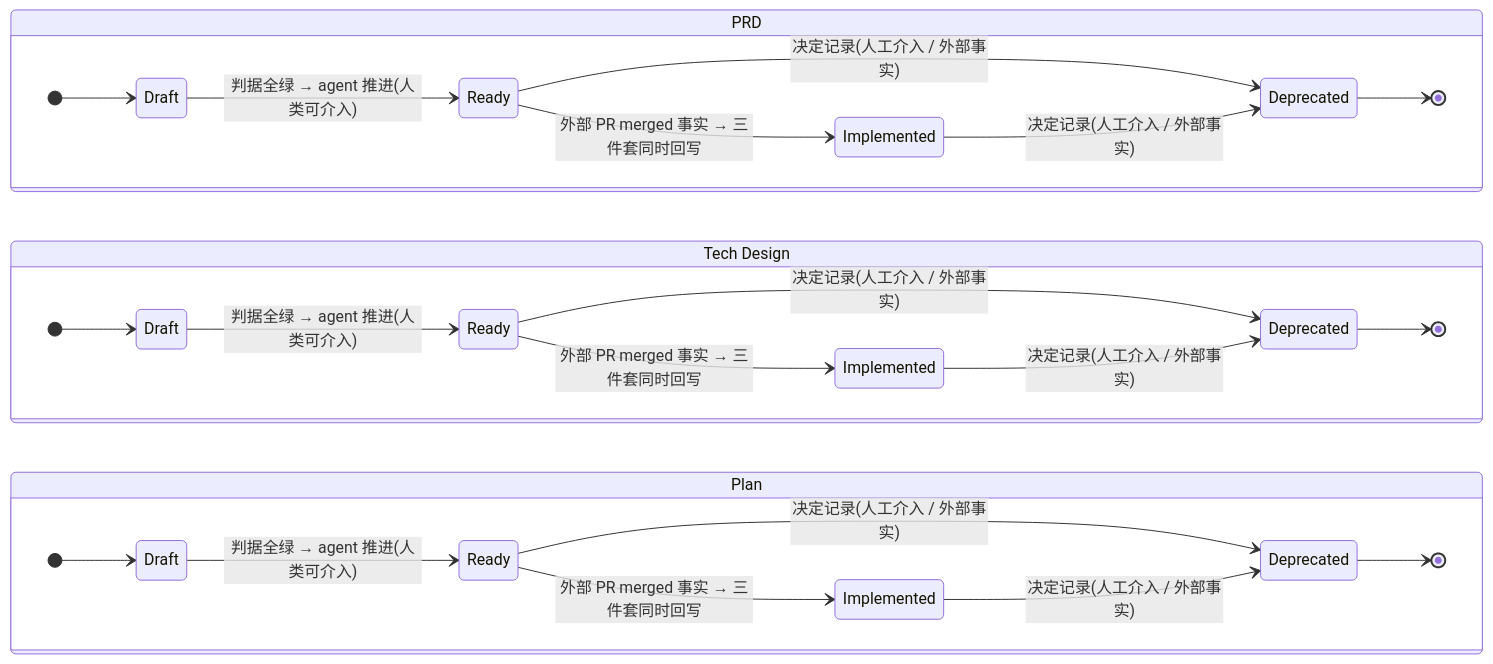
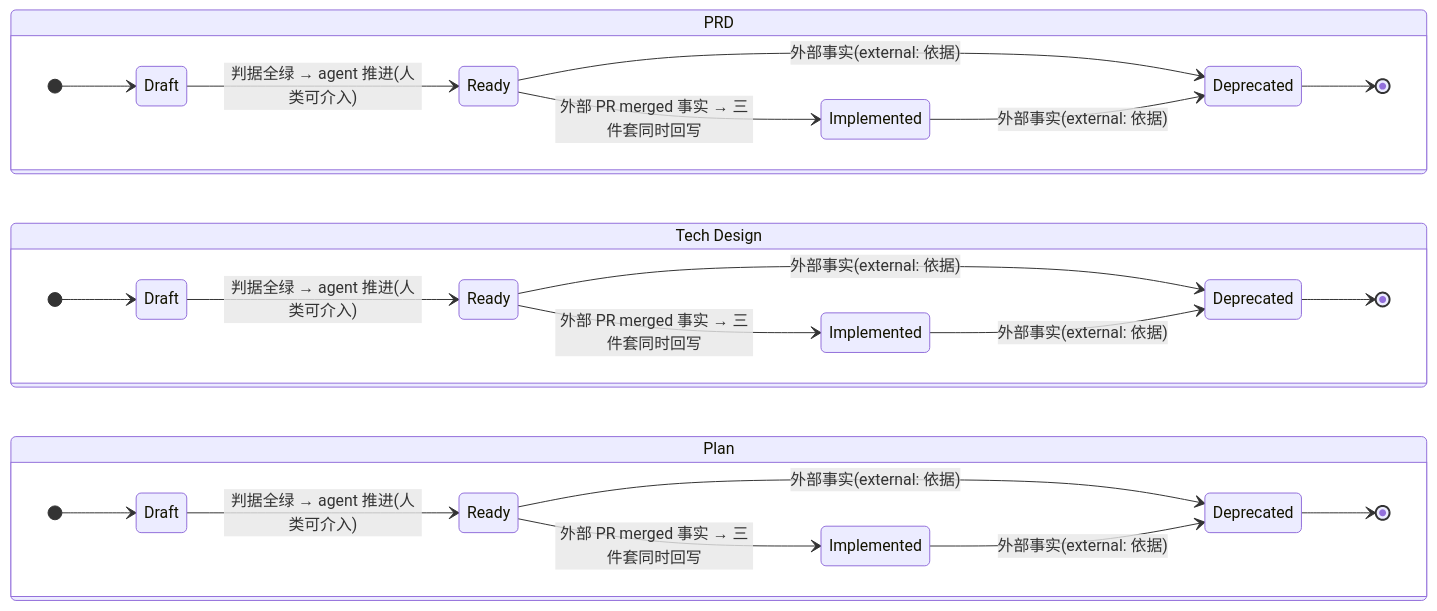
The second of 3 diagrams in WORKFLOW.md (vanpipy/SSD-Template), drawn with Mermaid before and after one commit. The commit also changed other lines of this file and 44 other files, not shown here.

````diff
--- a/WORKFLOW.md
+++ b/WORKFLOW.md
@@ -678,49 +691,49 @@
 ```mermaid
 stateDiagram-v2
     direction LR
 
     state "PRD" as prd {
         direction LR
         state "Draft" as p_d
         state "Ready" as p_r
         state "Implemented" as p_i
         state "Deprecated" as p_x
 
         [*] --> p_d
         p_d --> p_r: 判据全绿 → agent 推进(人类可介入)
         p_r --> p_i: 外部 PR merged 事实 → 三件套同时回写
-        p_r --> p_x: 决定记录(人工介入 / 外部事实)
-        p_i --> p_x: 决定记录(人工介入 / 外部事实)
+        p_r --> p_x: 外部事实(external: 依据)
+        p_i --> p_x: 外部事实(external: 依据)
         p_x --> [*]
     }
 
     state "Tech Design" as td {
         direction LR
         state "Draft" as t_d
         state "Ready" as t_r
         state "Implemented" as t_i
         state "Deprecated" as t_x
 
         [*] --> t_d
         t_d --> t_r: 判据全绿 → agent 推进(人类可介入)
         t_r --> t_i: 外部 PR merged 事实 → 三件套同时回写
-        t_r --> t_x: 决定记录(人工介入 / 外部事实)
-        t_i --> t_x: 决定记录(人工介入 / 外部事实)
+        t_r --> t_x: 外部事实(external: 依据)
+        t_i --> t_x: 外部事实(external: 依据)
         t_x --> [*]
     }
 
     state "Plan" as pl {
         direction LR
         state "Draft" as pl_d
         state "Ready" as pl_r
         state "Implemented" as pl_i
         state "Deprecated" as pl_x
 
         [*] --> pl_d
         pl_d --> pl_r: 判据全绿 → agent 推进(人类可介入)
         pl_r --> pl_i: 外部 PR merged 事实 → 三件套同时回写
-        pl_r --> pl_x: 决定记录(人工介入 / 外部事实)
-        pl_i --> pl_x: 决定记录(人工介入 / 外部事实)
+        pl_r --> pl_x: 外部事实(external: 依据)
+        pl_i --> pl_x: 外部事实(external: 依据)
         pl_x --> [*]
     }
 ```
````
